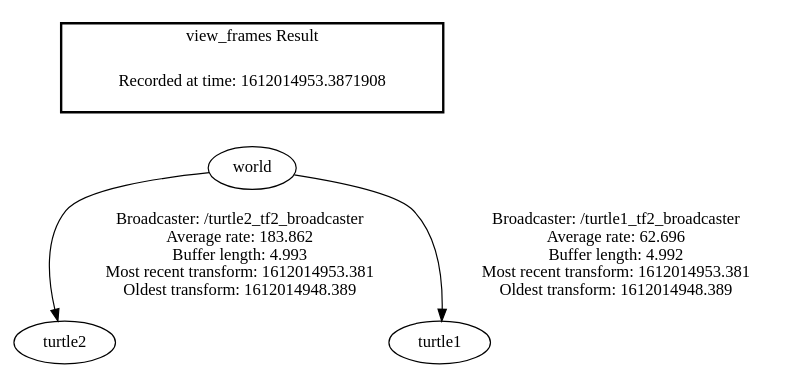
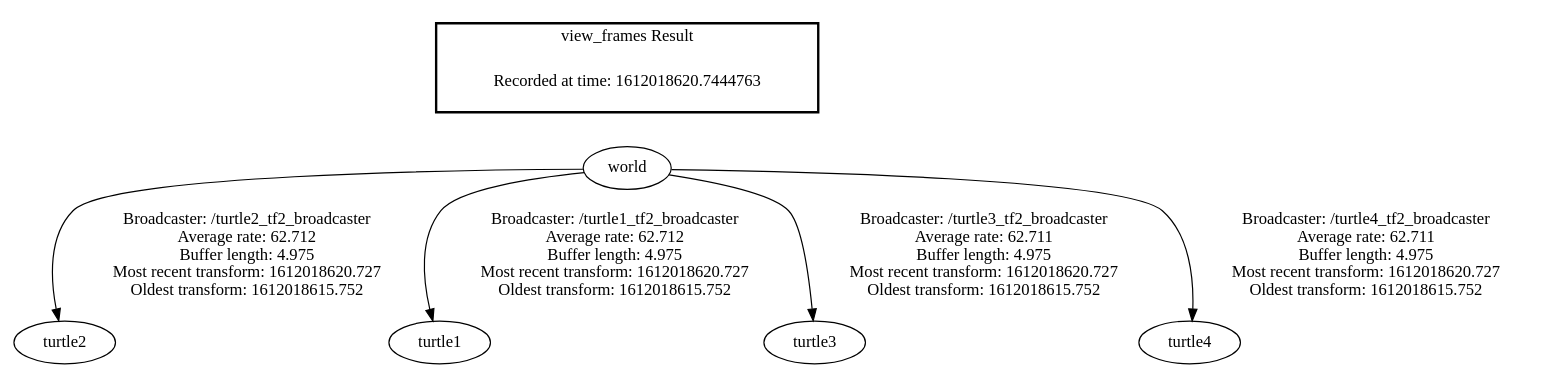
Before and after one commit to PapaBear4/learnROScpp: the diagram in frames.gv, drawn with Graphviz. The commit also changed 3 other files, not shown here.

```diff
--- a/frames.gv
+++ b/frames.gv
@@ -1,8 +1,10 @@
 digraph G {
-"world" -> "turtle2"[label=" Broadcaster: /turtle2_tf2_broadcaster\nAverage rate: 183.862\nBuffer length: 4.993\nMost recent transform: 1612014953.381\nOldest transform: 1612014948.389\n"];
-"world" -> "turtle1"[label=" Broadcaster: /turtle1_tf2_broadcaster\nAverage rate: 62.696\nBuffer length: 4.992\nMost recent transform: 1612014953.381\nOldest transform: 1612014948.389\n"];
+"world" -> "turtle2"[label=" Broadcaster: /turtle2_tf2_broadcaster\nAverage rate: 62.712\nBuffer length: 4.975\nMost recent transform: 1612018620.727\nOldest transform: 1612018615.752\n"];
+"world" -> "turtle1"[label=" Broadcaster: /turtle1_tf2_broadcaster\nAverage rate: 62.712\nBuffer length: 4.975\nMost recent transform: 1612018620.727\nOldest transform: 1612018615.752\n"];
+"world" -> "turtle3"[label=" Broadcaster: /turtle3_tf2_broadcaster\nAverage rate: 62.711\nBuffer length: 4.975\nMost recent transform: 1612018620.727\nOldest transform: 1612018615.752\n"];
+"world" -> "turtle4"[label=" Broadcaster: /turtle4_tf2_broadcaster\nAverage rate: 62.711\nBuffer length: 4.975\nMost recent transform: 1612018620.727\nOldest transform: 1612018615.752\n"];
 edge [style=invis];
  subgraph cluster_legend { style=bold; color=black; label ="view_frames Result";
-"Recorded at time: 1612014953.3871908"[ shape=plaintext ] ;
+"Recorded at time: 1612018620.7444763"[ shape=plaintext ] ;
 }->"world";
 }
```
